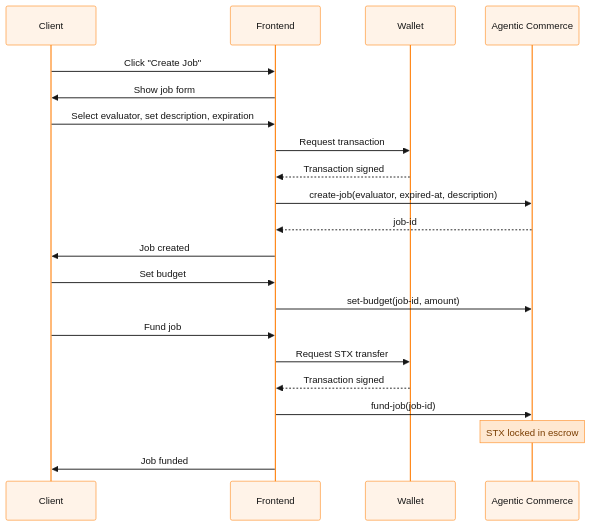
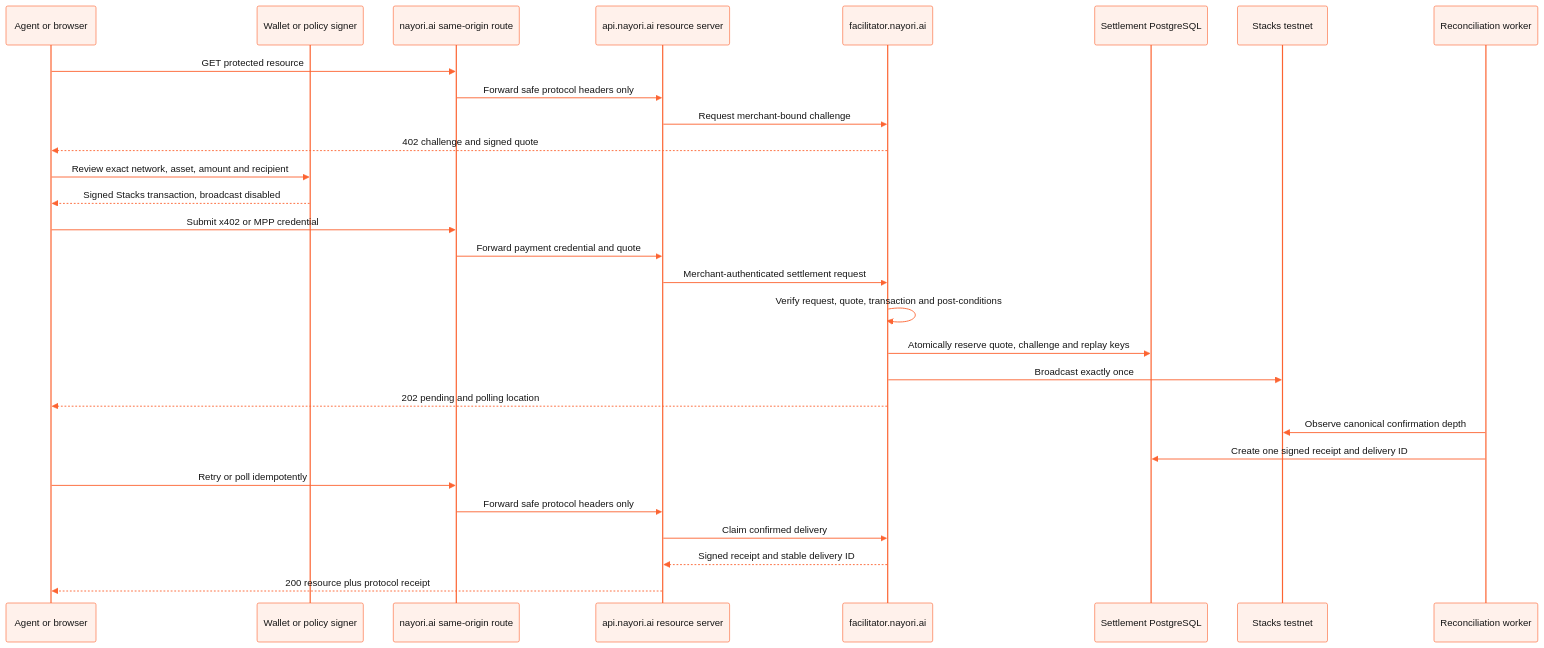
The third of 5 diagrams in README.md (PerkOS-xyz/PerkOS-Nayori), drawn with Mermaid before and after one commit. The commit also changed other lines of this file and 1 other file, not shown here.

Commit message:
docs: publish enterprise architecture hub

````diff
--- a/README.md
+++ b/README.md
@@ -219,27 +307,33 @@
 ```mermaid
-%%{init: {'theme':'base','themeVariables':{'primaryColor':'#FFF3E8','primaryBorderColor':'#FF8A1E','primaryTextColor':'#161616','noteBkgColor':'#FFE8D1','noteTextColor':'#7A3D00','noteBorderColor':'#FF8A1E','actorBkg':'#FFF3E8','actorBorder':'#FF8A1E','actorTextColor':'#161616'}}}%%
+%%{init: {'theme':'base','themeVariables':{'primaryColor':'#FFF1EB','primaryBorderColor':'#FC6432','primaryTextColor':'#161616','secondaryColor':'#FFE2D7','tertiaryColor':'#FFF8F5','lineColor':'#FC6432','actorBkg':'#FFF1EB','actorBorder':'#FC6432','actorTextColor':'#161616','signalColor':'#FC6432','signalTextColor':'#161616','noteBkgColor':'#FFE2D7','noteBorderColor':'#FC6432','noteTextColor':'#161616','labelBoxBkgColor':'#FFF8F5','labelBoxBorderColor':'#FC6432','labelTextColor':'#161616','fontFamily':'Inter, Arial, sans-serif'}}}%%
 sequenceDiagram
-    participant Client
-    participant Frontend
-    participant Wallet
-    participant AC as Agentic Commerce
+  participant Caller as Agent or browser
+  participant Wallet as Wallet or policy signer
+  participant Web as nayori.ai same-origin route
+  participant API as api.nayori.ai resource server
+  participant Fac as facilitator.nayori.ai
+  participant DB as Settlement PostgreSQL
+  participant Stacks as Stacks testnet
+  participant Worker as Reconciliation worker
 
-    Client->>Frontend: Click "Create Job"
-    Frontend->>Client: Show job form
-    Client->>Frontend: Select evaluator, set description, expiration
-    Frontend->>Wallet: Request transaction
-    Wallet-->>Frontend: Transaction signed
-    Frontend->>AC: create-job(evaluator, expired-at, description)
-    AC-->>Frontend: job-id
-    Frontend->>Client: Job created
-
-    Client->>Frontend: Set budget
-    Frontend->>AC: set-budget(job-id, amount)
-
-    Client->>Frontend: Fund job
-    Frontend->>Wallet: Request STX transfer
-    Wallet-->>Frontend: Transaction signed
-    Frontend->>AC: fund-job(job-id)
-    Note over AC: STX locked in escrow
-    Frontend->>Client: Job funded
+  Caller->>Web: GET protected resource
+  Web->>API: Forward safe protocol headers only
+  API->>Fac: Request merchant-bound challenge
+  Fac-->>Caller: 402 challenge and signed quote
+  Caller->>Wallet: Review exact network, asset, amount and recipient
+  Wallet-->>Caller: Signed Stacks transaction, broadcast disabled
+  Caller->>Web: Submit x402 or MPP credential
+  Web->>API: Forward payment credential and quote
+  API->>Fac: Merchant-authenticated settlement request
+  Fac->>Fac: Verify request, quote, transaction and post-conditions
+  Fac->>DB: Atomically reserve quote, challenge and replay keys
+  Fac->>Stacks: Broadcast exactly once
+  Fac-->>Caller: 202 pending and polling location
+  Worker->>Stacks: Observe canonical confirmation depth
+  Worker->>DB: Create one signed receipt and delivery ID
+  Caller->>Web: Retry or poll idempotently
+  Web->>API: Forward safe protocol headers only
+  API->>Fac: Claim confirmed delivery
+  Fac-->>API: Signed receipt and stable delivery ID
+  API-->>Caller: 200 resource plus protocol receipt
 ```
````
